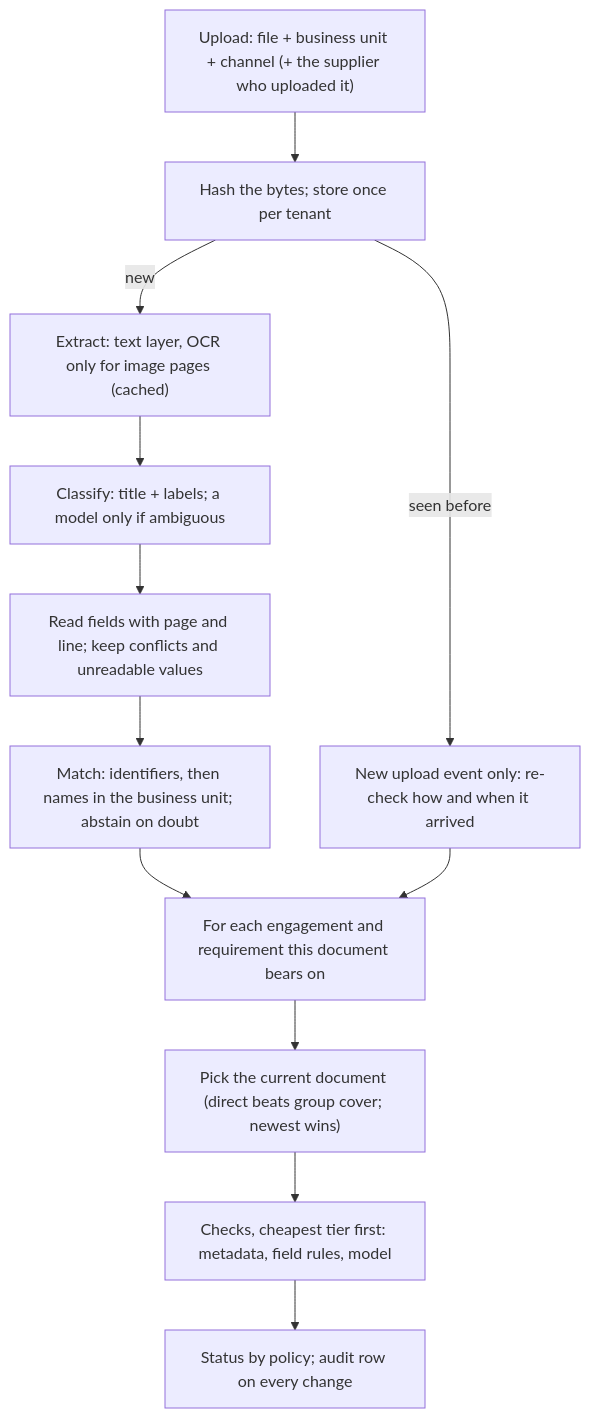
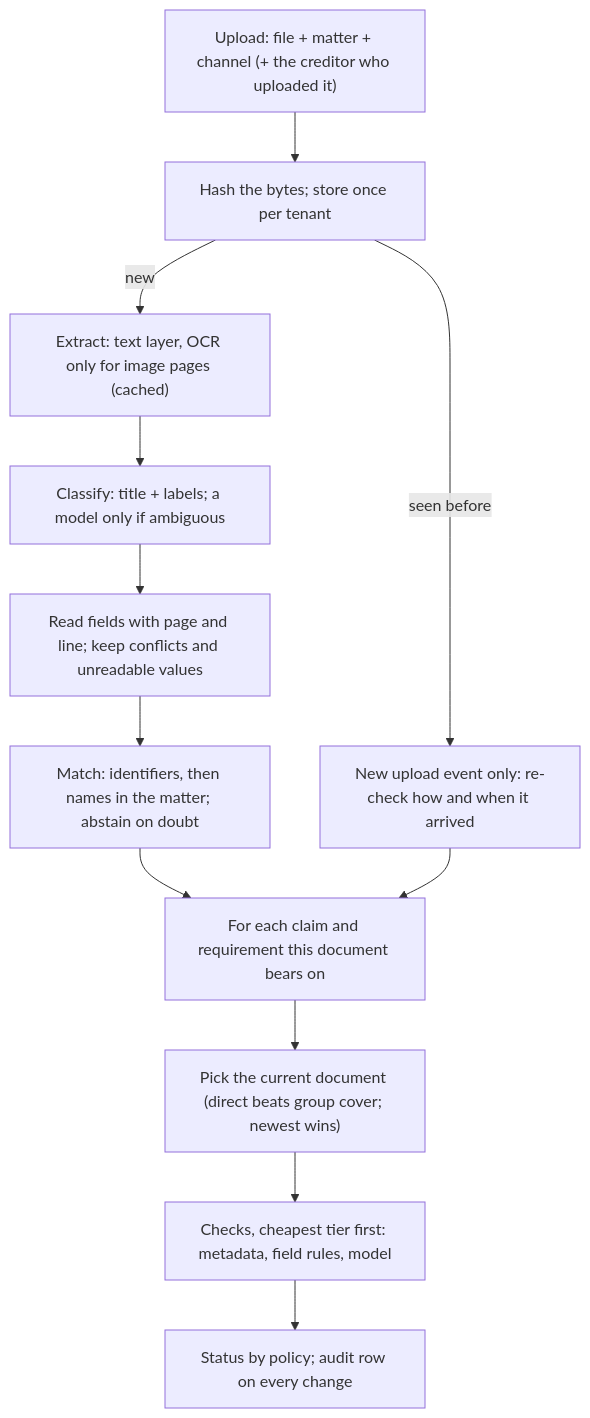
Before and after one commit to gandhiashutosh14/testamur: the first of 3 diagrams in docs/architecture.md, drawn with Mermaid. The commit also changed other lines of this file and 88 other files, not shown here.

````diff
--- a/docs/architecture.md
+++ b/docs/architecture.md
@@ -25,14 +25,14 @@
 ```mermaid
 flowchart TD
-    U["Upload: file + business unit + channel (+ the supplier who uploaded it)"] --> H["Hash the bytes; store once per tenant"]
+    U["Upload: file + matter + channel (+ the creditor who uploaded it)"] --> H["Hash the bytes; store once per tenant"]
     H -->|seen before| R["New upload event only: re-check how and when it arrived"]
     H -->|new| X["Extract: text layer, OCR only for image pages (cached)"]
     X --> C["Classify: title + labels; a model only if ambiguous"]
     C --> F["Read fields with page and line; keep conflicts and unreadable values"]
-    F --> M["Match: identifiers, then names in the business unit; abstain on doubt"]
-    M --> K["For each engagement and requirement this document bears on"]
+    F --> M["Match: identifiers, then names in the matter; abstain on doubt"]
+    M --> K["For each claim and requirement this document bears on"]
     R --> K
     K --> D["Pick the current document (direct beats group cover; newest wins)"]
     D --> V["Checks, cheapest tier first: metadata, field rules, model"]
     V --> S["Status by policy; audit row on every change"]
 ```
````
